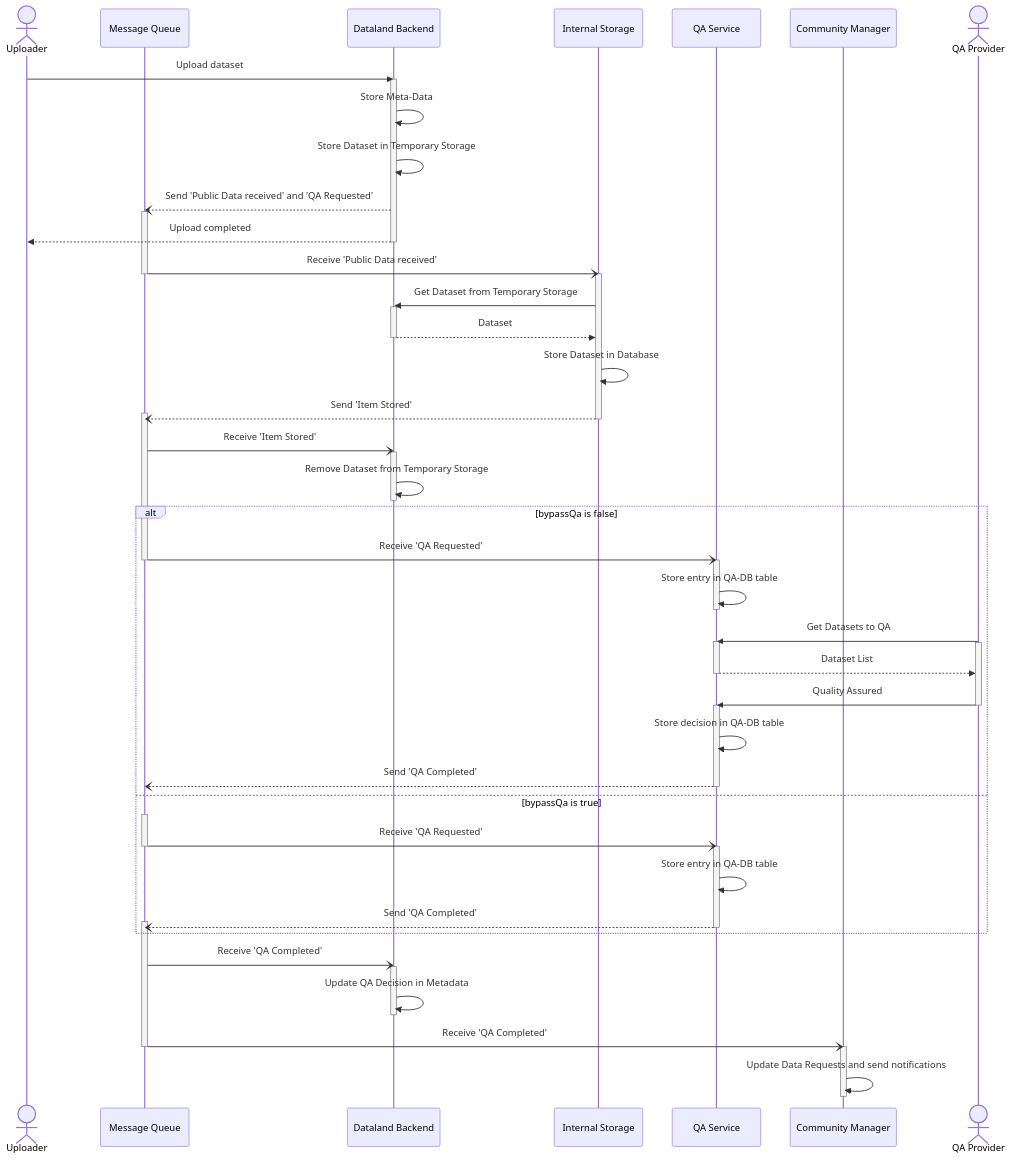
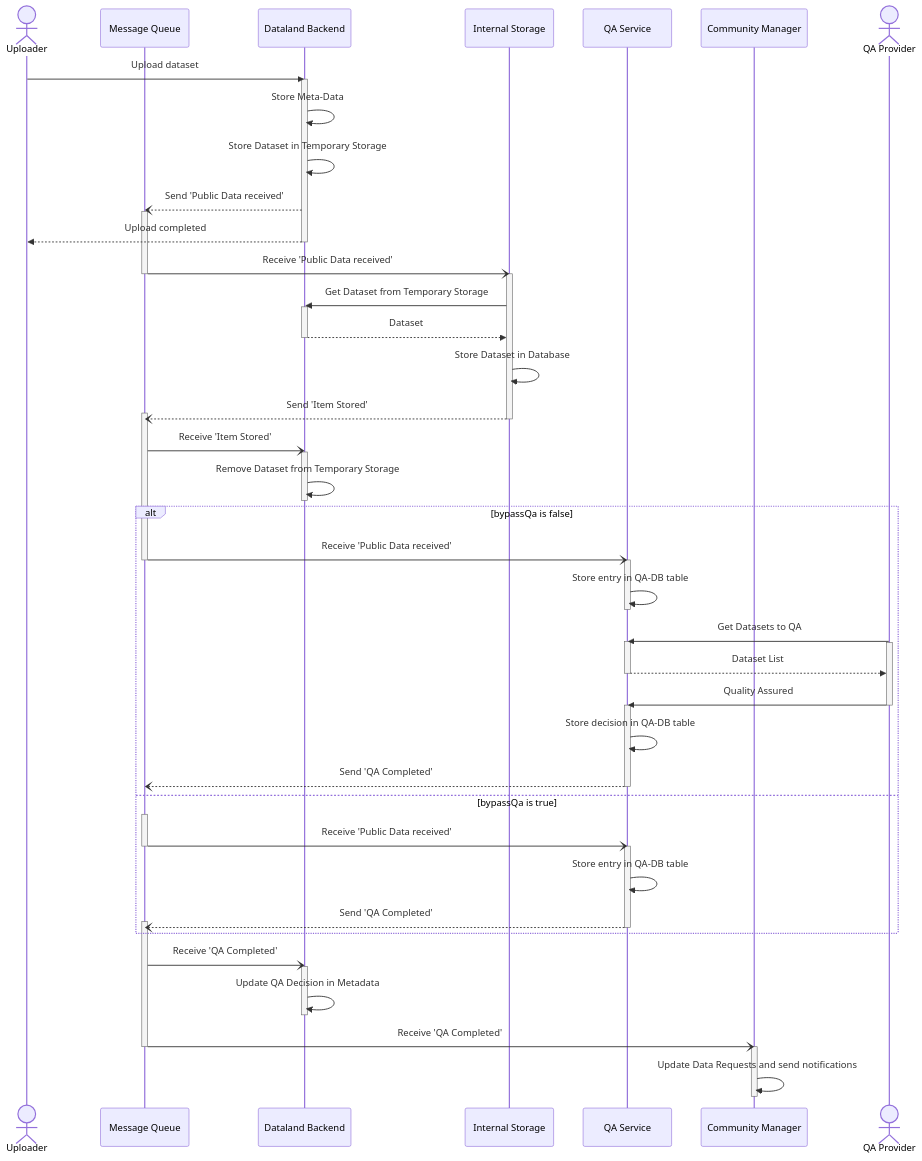
The diagram in documentation/processes/data_upload_and_qa_process.md (d-fine/Dataland), drawn with Mermaid before and after one commit. The commit also changed 7 other files, not shown here.

````diff
--- a/documentation/processes/data_upload_and_qa_process.md
+++ b/documentation/processes/data_upload_and_qa_process.md
@@ -11,77 +11,77 @@
 ```mermaid
 sequenceDiagram
     actor Uploader
     participant mq as Message Queue
     participant backend as Dataland Backend
     participant storage as Internal Storage
     participant qaService as QA Service
     participant community as Community Manager
     actor qaler as QA Provider
     Uploader ->> backend: Upload dataset
     activate backend
     backend ->> backend: Store Meta-Data
     backend ->> backend: Store Dataset in Temporary Storage
-    backend --) mq: Send 'Public Data received' and 'QA Requested'
+    backend --) mq: Send 'Public Data received'
     activate mq
     backend -->> Uploader: Upload completed
     deactivate backend
     mq -) storage: Receive 'Public Data received'
     deactivate mq
     activate storage
     storage ->> backend: Get Dataset from Temporary Storage
     activate backend
     backend -->> storage: Dataset
     deactivate backend
     storage ->> storage: Store Dataset in Database
     storage --) mq: Send 'Item Stored'
     activate mq
     deactivate storage
 
 
 
     mq -) backend: Receive 'Item Stored'
     activate backend
     backend ->> backend: Remove Dataset from Temporary Storage
     deactivate backend
     alt bypassQa is false
-        mq -) qaService: Receive 'QA Requested'
+        mq -) qaService: Receive 'Public Data received'
         deactivate mq
         activate qaService
         qaService ->> qaService: Store entry in QA-DB table
         deactivate qaService
 
         qaler ->> qaService: Get Datasets to QA
         activate qaService
         activate qaler
         qaService -->> qaler: Dataset List
         deactivate qaService
         qaler ->> qaService: Quality Assured
         deactivate qaler
         activate qaService
         qaService ->> qaService: Store decision in QA-DB table
 
         qaService --) mq: Send 'QA Completed'
         deactivate qaService
 
     else bypassQa is true
         activate mq
-        mq -) qaService: Receive 'QA Requested'
+        mq -) qaService: Receive 'Public Data received'
         deactivate mq
         activate qaService
         qaService ->> qaService: Store entry in QA-DB table
         qaService --) mq: Send 'QA Completed'
         activate mq
         deactivate qaService
     end
 
     mq -) backend: Receive 'QA Completed'
     activate backend
     backend ->> backend: Update QA Decision in Metadata
     deactivate backend
 
     mq -) community: Receive 'QA Completed'
     deactivate mq
     activate community
     community ->> community: Update Data Requests and send notifications
     deactivate community
 ```
````
